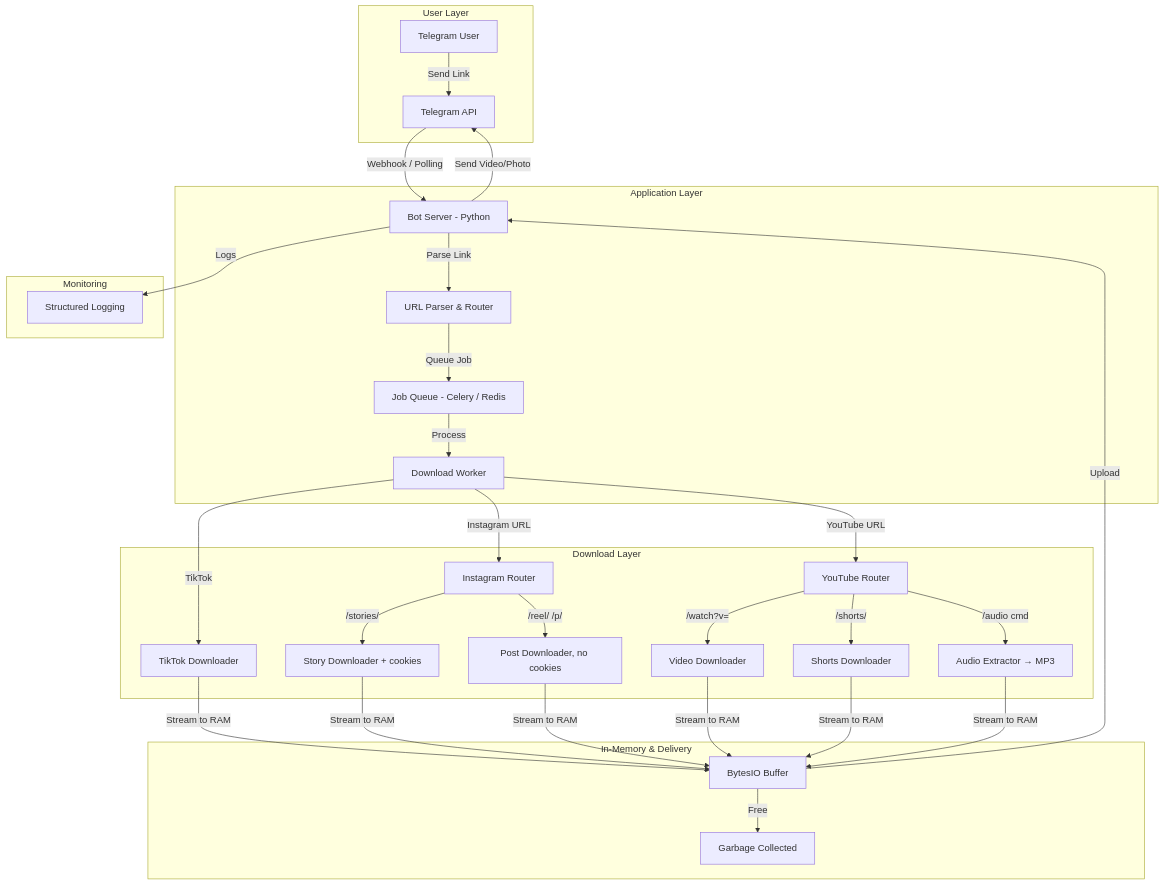
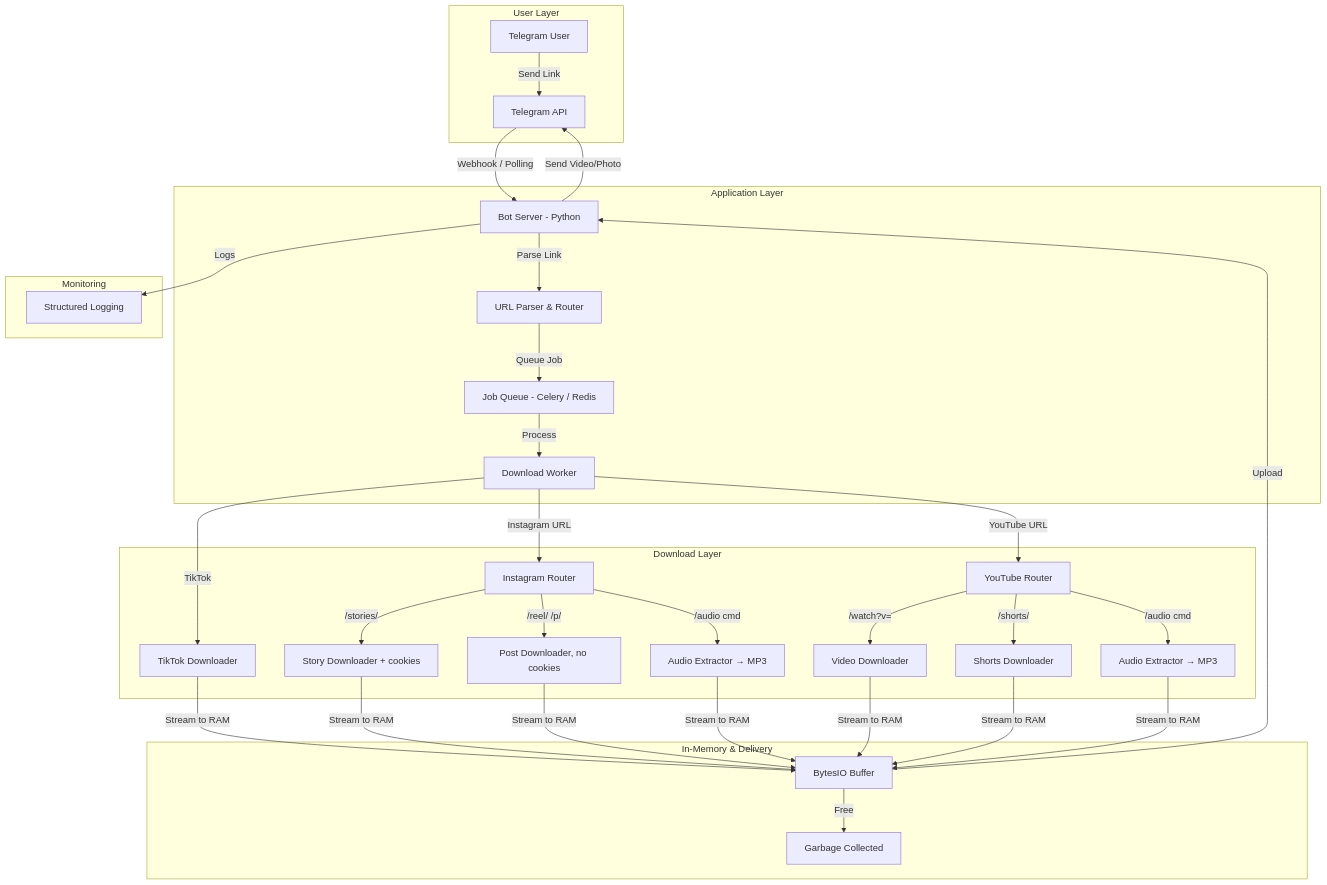
The first of 4 diagrams in system-design.md (sochetraoeun/Telegram-Video-Downloader-Bot), drawn with Mermaid before and after one commit. The commit also changed other lines of this file and 4 other files, not shown here.

````diff
--- a/system-design.md
+++ b/system-design.md
@@ -71,35 +71,36 @@
 ```mermaid
 graph TB
     subgraph User Layer
         U[Telegram User] -->|Send Link| TG[Telegram API]
     end
 
     subgraph Application Layer
         TG -->|Webhook / Polling| BOT[Bot Server - Python]
         BOT -->|Parse Link| PARSER[URL Parser & Router]
         PARSER -->|Queue Job| Q[Job Queue - Celery / Redis]
         Q -->|Process| WORKER[Download Worker]
     end
 
     subgraph Download Layer
         WORKER -->|TikTok| TT[TikTok Downloader]
         WORKER -->|Instagram URL| IG[Instagram Router]
         WORKER -->|YouTube URL| YT[YouTube Router]
         IG -->|/stories/| IG_STORY[Story Downloader + cookies]
         IG -->|/reel/ /p/| IG_POST[Post Downloader, no cookies]
+        IG -->|/audio cmd| IG_AUDIO[Audio Extractor → MP3]
         YT -->|/watch?v=| YT_VID[Video Downloader]
         YT -->|/shorts/| YT_SHORT[Shorts Downloader]
         YT -->|/audio cmd| YT_AUDIO[Audio Extractor → MP3]
     end
 
     subgraph In-Memory & Delivery
-        TT & IG_STORY & IG_POST & YT_VID & YT_SHORT & YT_AUDIO -->|Stream to RAM| MEM[BytesIO Buffer]
+        TT & IG_STORY & IG_POST & IG_AUDIO & YT_VID & YT_SHORT & YT_AUDIO -->|Stream to RAM| MEM[BytesIO Buffer]
         MEM -->|Upload| BOT
         BOT -->|Send Video/Photo| TG
         MEM -->|Free| GC[Garbage Collected]
     end
 
     subgraph Monitoring
         BOT -->|Logs| LOG[Structured Logging]
     end
 ```
````
